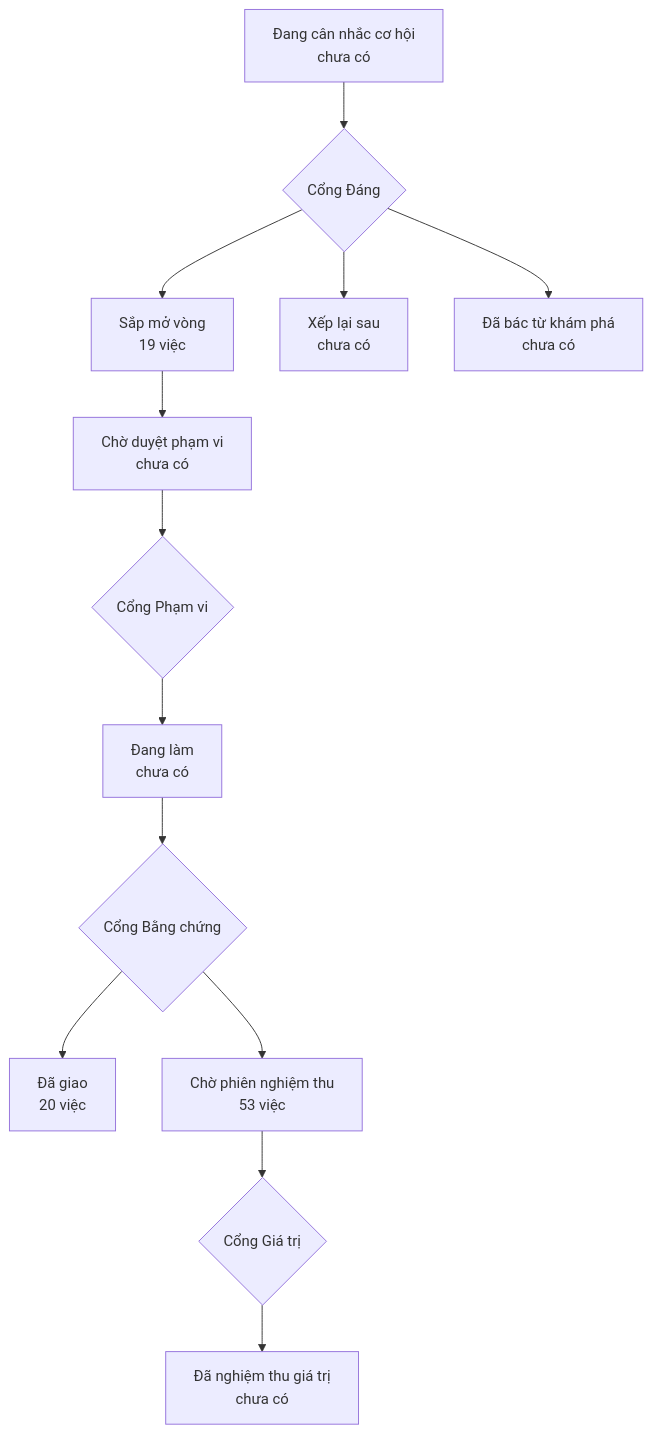
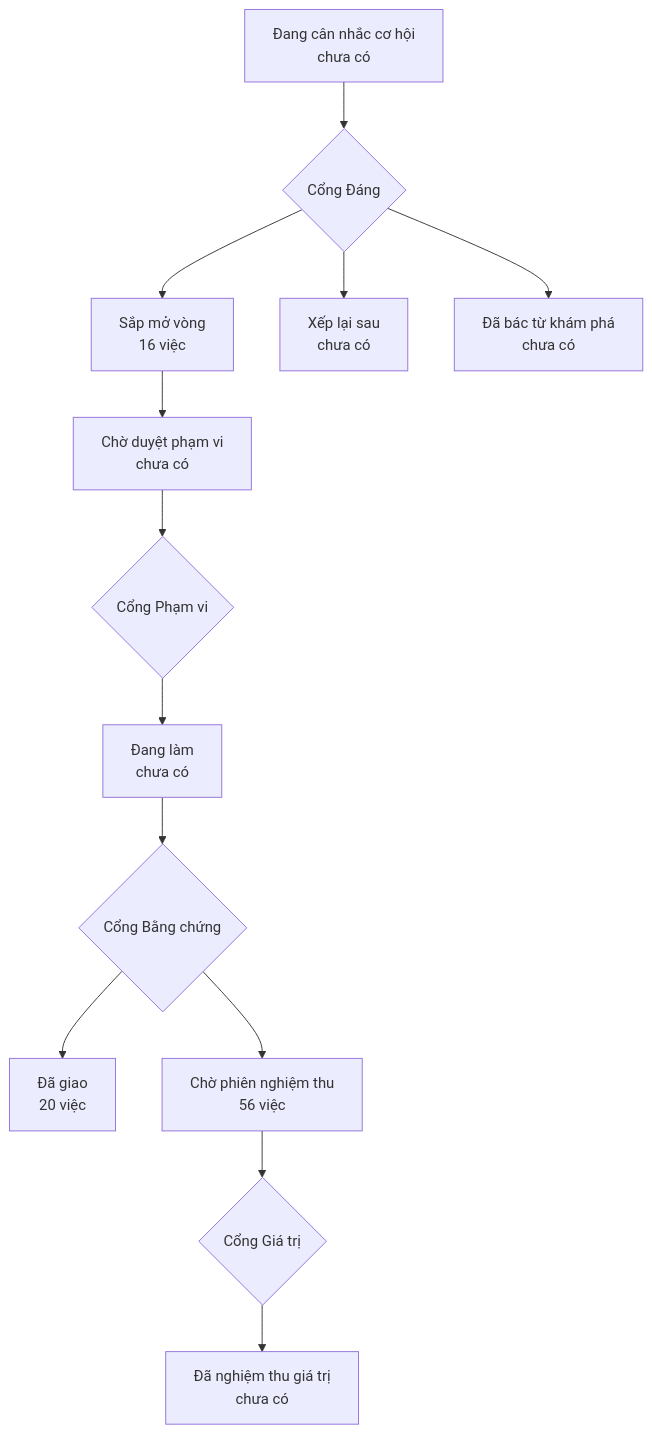
Before and after one commit to phanlemanh/onehub-quy-hang: the diagram in PRODUCT-MAP.md, drawn with Mermaid. The commit also changed other lines of this file and 1 other file, not shown here.

Commit message:
chore: vẽ lại bản đồ sau khi gộp main

````diff
--- a/PRODUCT-MAP.md
+++ b/PRODUCT-MAP.md
@@ -7,12 +7,12 @@
 ```mermaid
 flowchart TD
   A["Đang cân nhắc cơ hội<br/>chưa có"] --> GD{"Cổng Đáng"}
-  GD --> B["Sắp mở vòng<br/>19 việc"]
+  GD --> B["Sắp mở vòng<br/>16 việc"]
   GD --> XL["Xếp lại sau<br/>chưa có"]
   GD --> DB["Đã bác từ khám phá<br/>chưa có"]
   B --> CD["Chờ duyệt phạm vi<br/>chưa có"] --> GP{"Cổng Phạm vi"}
   GP --> DL["Đang làm<br/>chưa có"] --> GB{"Cổng Bằng chứng"}
   GB --> DG["Đã giao<br/>20 việc"]
-  GB --> CN["Chờ phiên nghiệm thu<br/>53 việc"] --> GG{"Cổng Giá trị"}
+  GB --> CN["Chờ phiên nghiệm thu<br/>56 việc"] --> GG{"Cổng Giá trị"}
   GG --> NT["Đã nghiệm thu giá trị<br/>chưa có"]
 ```
````
